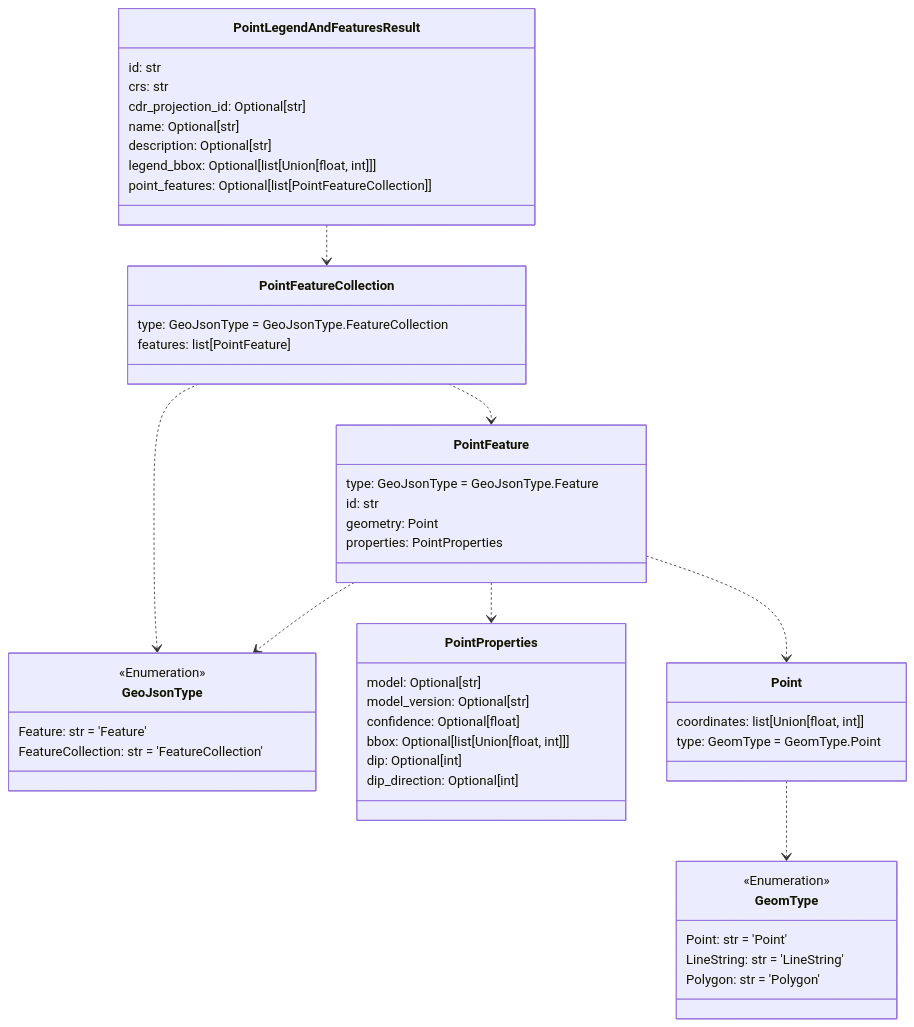
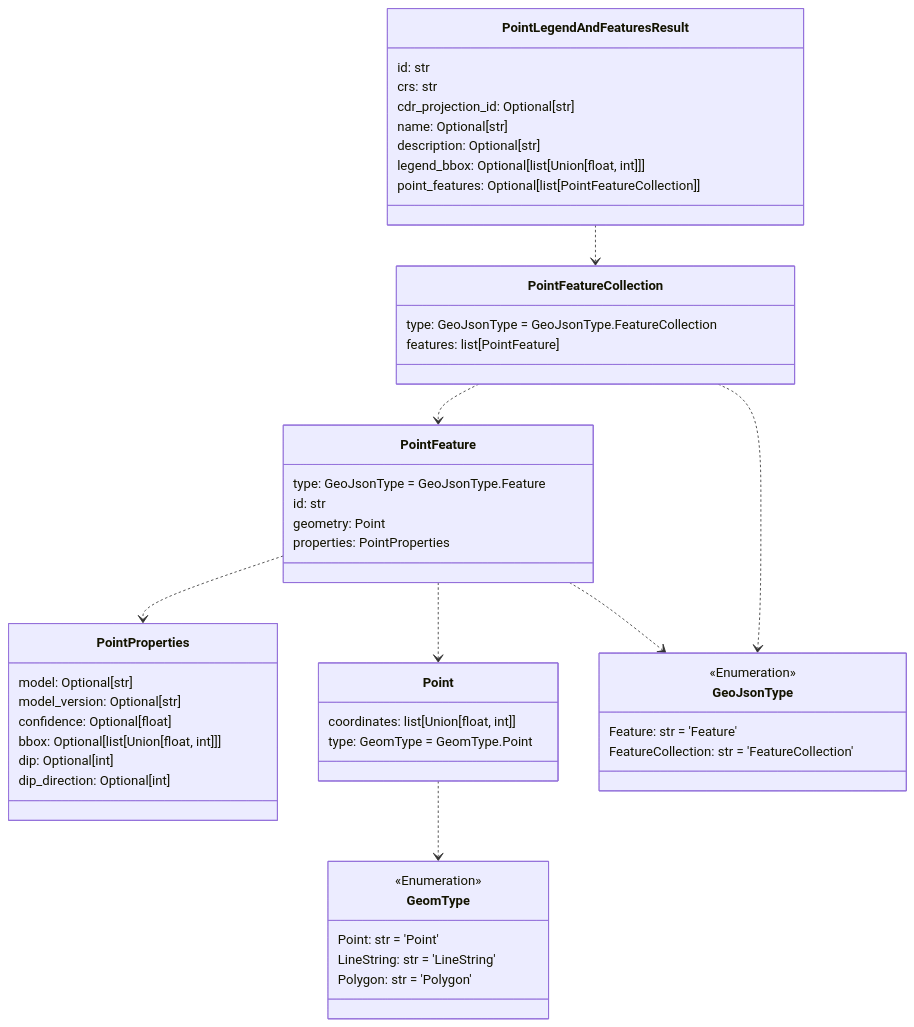
One commit to DARPA-CRITICALMAAS/cdr_schemas changed the fifth of 12 diagrams in README.md. Above: the diagram before and after it, drawn with Mermaid. The commit also changed other lines of this file and 3 other files, not shown here.

````diff
--- a/README.md
+++ b/README.md
@@ -341,62 +332,62 @@
 ```mermaid
 classDiagram
+
+    class PointFeatureCollection {
+        type: GeoJsonType = GeoJsonType.FeatureCollection
+        features: list[PointFeature]
+    }
+
+    class PointFeature {
+        type: GeoJsonType = GeoJsonType.Feature
+        id: str
+        geometry: Point
+        properties: PointProperties
+    }
 
     class PointProperties {
         model: Optional[str]
         model_version: Optional[str]
         confidence: Optional[float]
         bbox: Optional[list[Union[float, int]]]
         dip: Optional[int]
         dip_direction: Optional[int]
     }
 
     class PointLegendAndFeaturesResult {
         id: str
         crs: str
         cdr_projection_id: Optional[str]
         name: Optional[str]
         description: Optional[str]
         legend_bbox: Optional[list[Union[float, int]]]
         point_features: Optional[list[PointFeatureCollection]]
     }
 
+    class Point {
+        coordinates: list[Union[float, int]]
+        type: GeomType = GeomType.Point
+    }
+
     class GeomType {
         <<Enumeration>>
         Point: str = 'Point'
         LineString: str = 'LineString'
         Polygon: str = 'Polygon'
-    }
-
-    class PointFeature {
-        type: GeoJsonType = GeoJsonType.Feature
-        id: str
-        geometry: Point
-        properties: PointProperties
     }
 
     class GeoJsonType {
         <<Enumeration>>
         Feature: str = 'Feature'
         FeatureCollection: str = 'FeatureCollection'
     }
 
-    class Point {
-        coordinates: list[Union[float, int]]
-        type: GeomType = GeomType.Point
-    }
-
-    class PointFeatureCollection {
-        type: GeoJsonType = GeoJsonType.FeatureCollection
-        features: list[PointFeature]
-    }
-
     Point ..> GeomType
-    PointFeature ..> GeoJsonType
     PointFeature ..> PointProperties
     PointFeature ..> Point
+    PointFeature ..> GeoJsonType
+    PointFeatureCollection ..> PointFeature
     PointFeatureCollection ..> GeoJsonType
-    PointFeatureCollection ..> PointFeature
     PointLegendAndFeaturesResult ..> PointFeatureCollection
 
 
 ```
````
